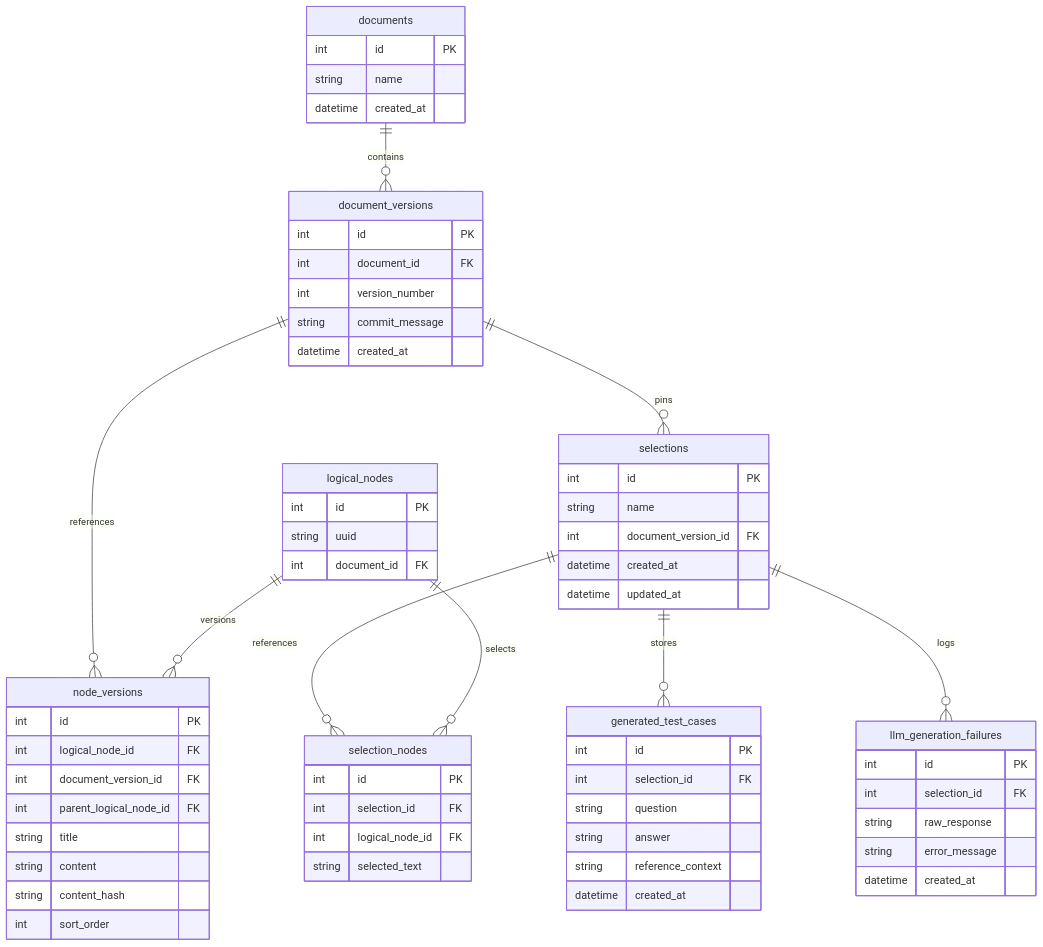
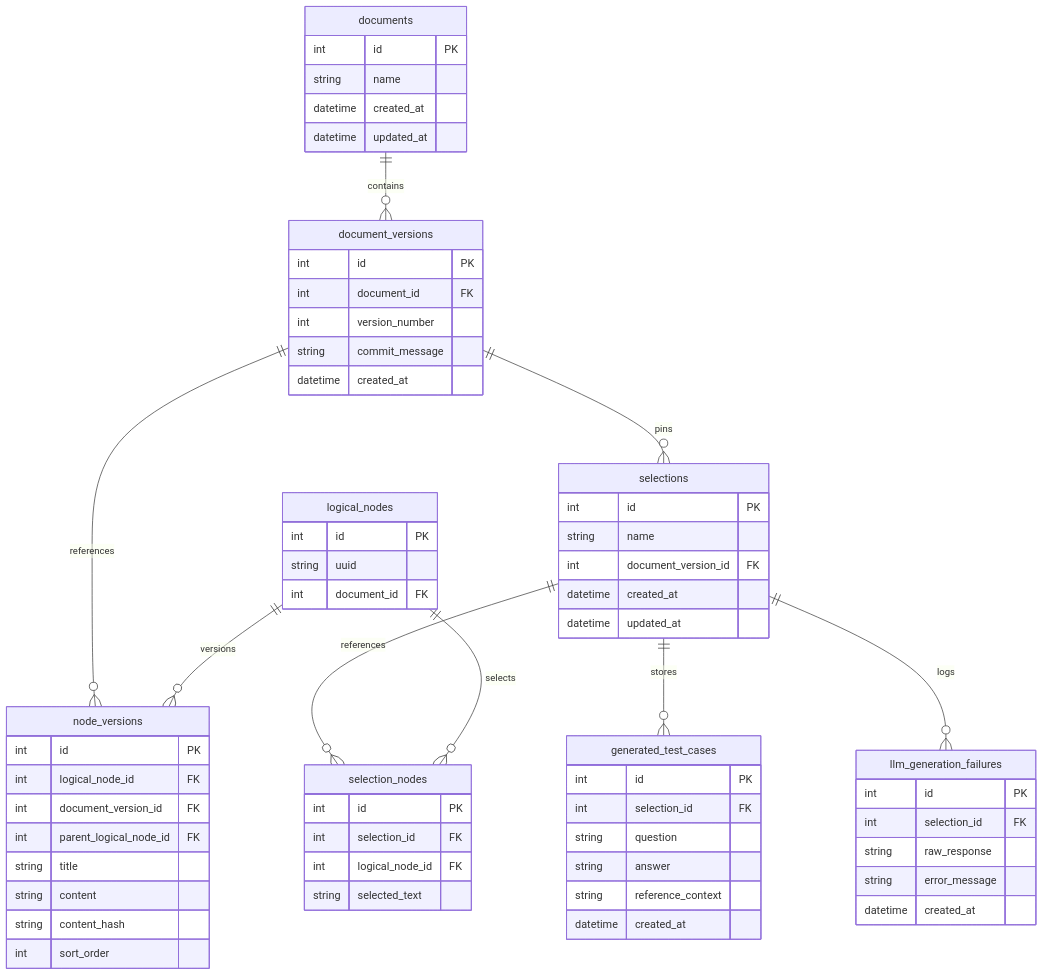
The second of 2 diagrams in APPROACH.md (balarajmp/Tri9T), drawn with Mermaid before and after one commit. The commit also changed other lines of this file and 2 other files, not shown here.

````diff
--- a/APPROACH.md
+++ b/APPROACH.md
@@ -42,67 +59,68 @@
 ```mermaid
 erDiagram
     documents ||--o{ document_versions : contains
     document_versions ||--o{ node_versions : references
     logical_nodes ||--o{ node_versions : versions
     document_versions ||--o{ selections : pins
     selections ||--o{ selection_nodes : references
     logical_nodes ||--o{ selection_nodes : selects
     selections ||--o{ generated_test_cases : stores
     selections ||--o{ llm_generation_failures : logs
     
     documents {
         int id PK
         string name
         datetime created_at
+        datetime updated_at
     }
     document_versions {
         int id PK
         int document_id FK
         int version_number
         string commit_message
         datetime created_at
     }
     logical_nodes {
         int id PK
         string uuid
         int document_id FK
     }
     node_versions {
         int id PK
         int logical_node_id FK
         int document_version_id FK
         int parent_logical_node_id FK
         string title
         string content
         string content_hash
         int sort_order
     }
     selections {
         int id PK
         string name
         int document_version_id FK
         datetime created_at
         datetime updated_at
     }
     selection_nodes {
         int id PK
         int selection_id FK
         int logical_node_id FK
         string selected_text
     }
     generated_test_cases {
         int id PK
         int selection_id FK
         string question
         string answer
         string reference_context
         datetime created_at
     }
     llm_generation_failures {
         int id PK
         int selection_id FK
         string raw_response
         string error_message
         datetime created_at
     }
 ```
````
